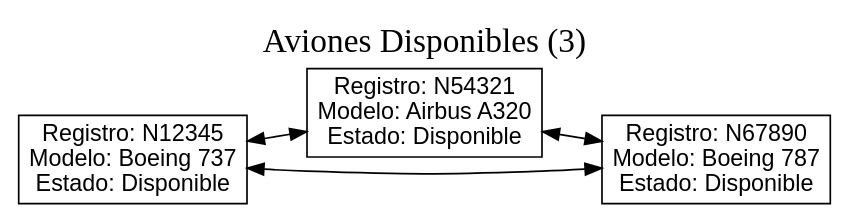
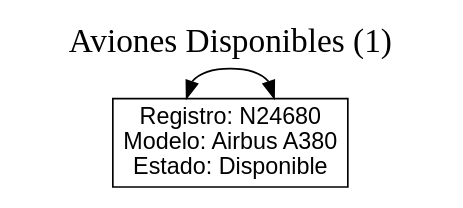
Before and after one commit to natstyles/202400111_EDD_Proyecto: the diagram in src/aviones_disponibles.dot, drawn with Graphviz. The commit also changed 7 other files, not shown here.

Commit message:
[FIX] Cambio de estado de aviones

```diff
--- a/src/aviones_disponibles.dot
+++ b/src/aviones_disponibles.dot
@@ -1,13 +1,9 @@
 digraph G {
 rankdir=LR;
 labelloc="t";
-label="Aviones Disponibles (3)";
+label="Aviones Disponibles (1)";
 fontsize=20;
 node [shape=box, fontname="Arial"];
-n0 [label="Registro: N12345\nModelo: Boeing 737\nEstado: Disponible"];
-n1 [label="Registro: N54321\nModelo: Airbus A320\nEstado: Disponible"];
-n2 [label="Registro: N67890\nModelo: Boeing 787\nEstado: Disponible"];
-n0 -> n1 [dir=both];
-n1 -> n2 [dir=both];
-n2 -> n0 [dir=both];
+n0 [label="Registro: N24680\nModelo: Airbus A380\nEstado: Disponible"];
+n0 -> n0 [dir=both];
 }
```
